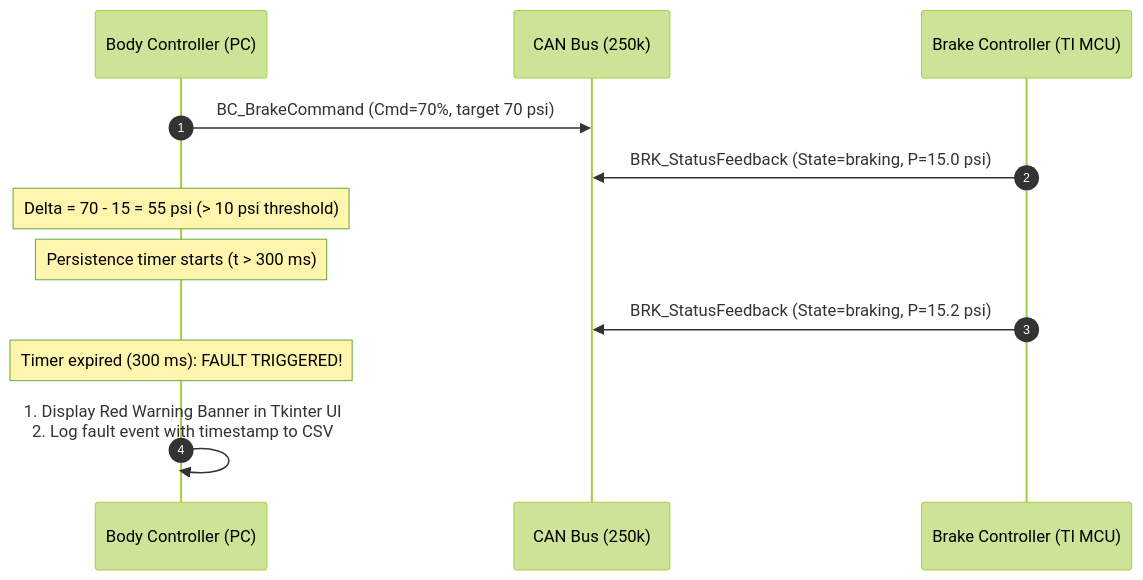
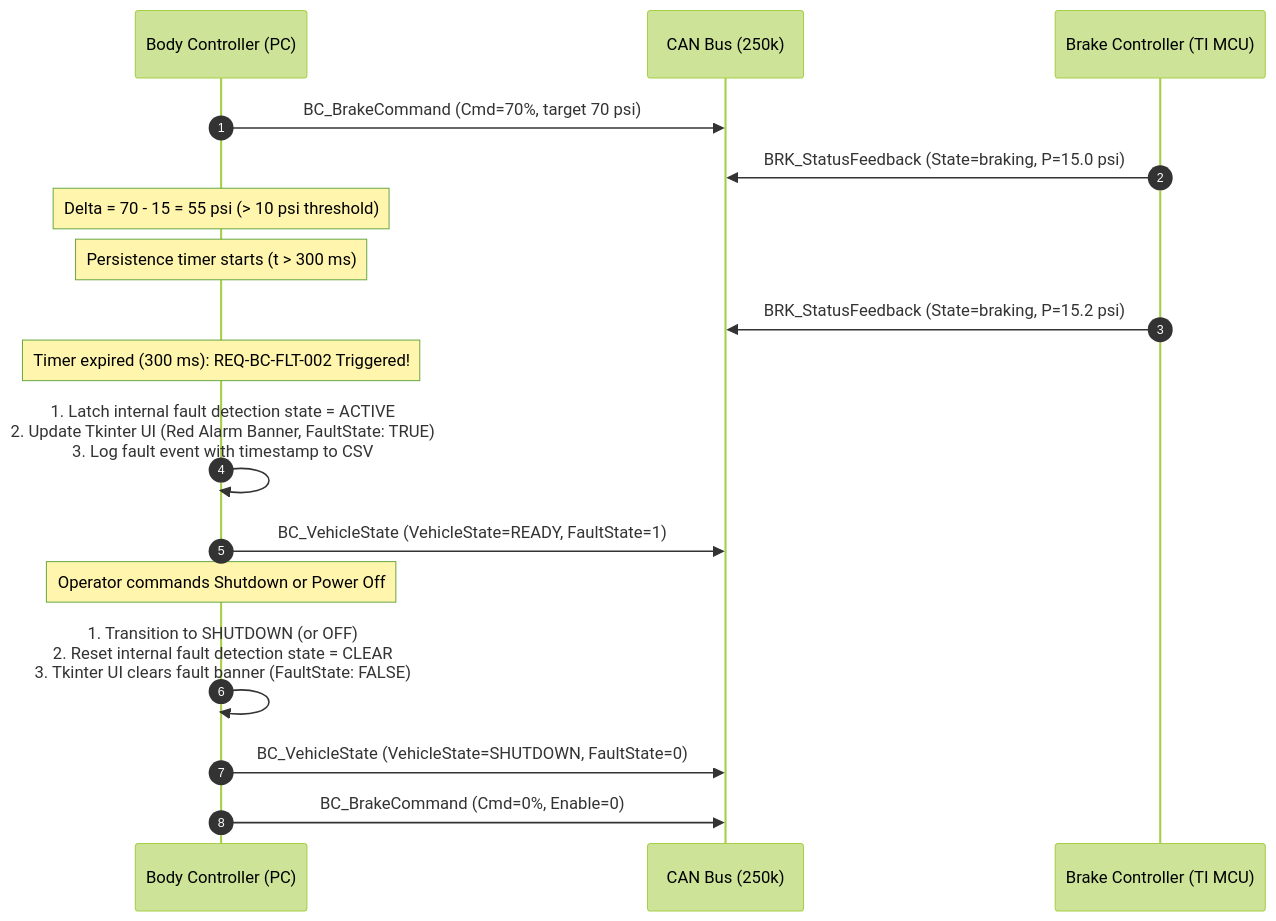
One commit to rahulasom/simbodybrake changed the fifth of 7 diagrams in icd.md. Above: the diagram before and after it, drawn with Mermaid (forest theme). The commit also changed other lines of this file and 54 other files, not shown here.

````diff
--- a/icd.md
+++ b/icd.md
@@ -141,17 +141,23 @@
 ```mermaid
 sequenceDiagram
     autonumber
     participant BC as Body Controller (PC)
     participant Bus as CAN Bus (250k)
     participant BRK as Brake Controller (TI MCU)
 
     BC->>Bus: BC_BrakeCommand (Cmd=70%, target 70 psi)
     BRK->>Bus: BRK_StatusFeedback (State=braking, P=15.0 psi)
     
     Note over BC: Delta = 70 - 15 = 55 psi (> 10 psi threshold)
     Note over BC: Persistence timer starts (t > 300 ms)
     BRK->>Bus: BRK_StatusFeedback (State=braking, P=15.2 psi)
     
-    Note over BC: Timer expired (300 ms): FAULT TRIGGERED!
-    BC->>BC: 1. Display Red Warning Banner in Tkinter UI<br/>2. Log fault event with timestamp to CSV
+    Note over BC: Timer expired (300 ms): REQ-BC-FLT-002 Triggered!
+    BC->>BC: 1. Latch internal fault detection state = ACTIVE<br/>2. Update Tkinter UI (Red Alarm Banner, FaultState: TRUE)<br/>3. Log fault event with timestamp to CSV
+    BC->>Bus: BC_VehicleState (VehicleState=READY, FaultState=1)
+    
+    Note over BC: Operator commands Shutdown or Power Off
+    BC->>BC: 1. Transition to SHUTDOWN (or OFF)<br/>2. Reset internal fault detection state = CLEAR<br/>3. Tkinter UI clears fault banner (FaultState: FALSE)
+    BC->>Bus: BC_VehicleState (VehicleState=SHUTDOWN, FaultState=0)
+    BC->>Bus: BC_BrakeCommand (Cmd=0%, Enable=0)
 ```
````
